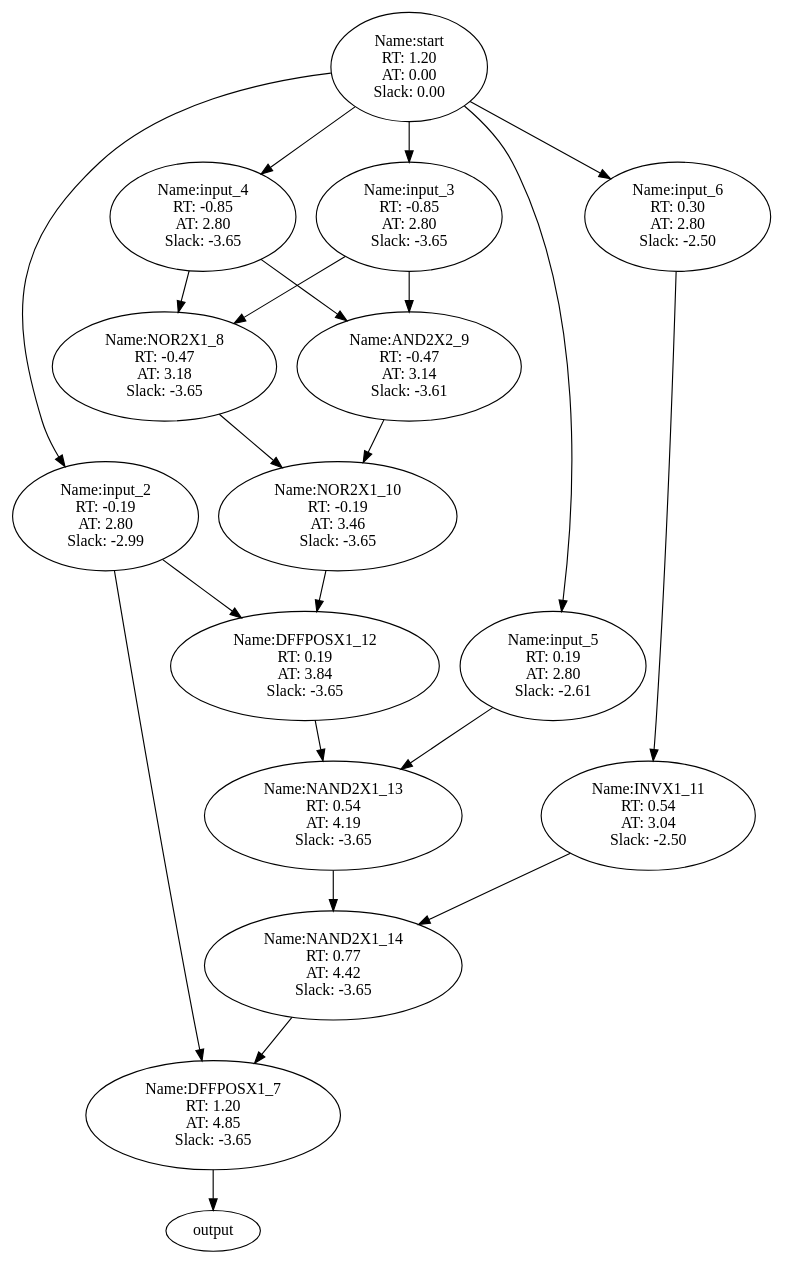
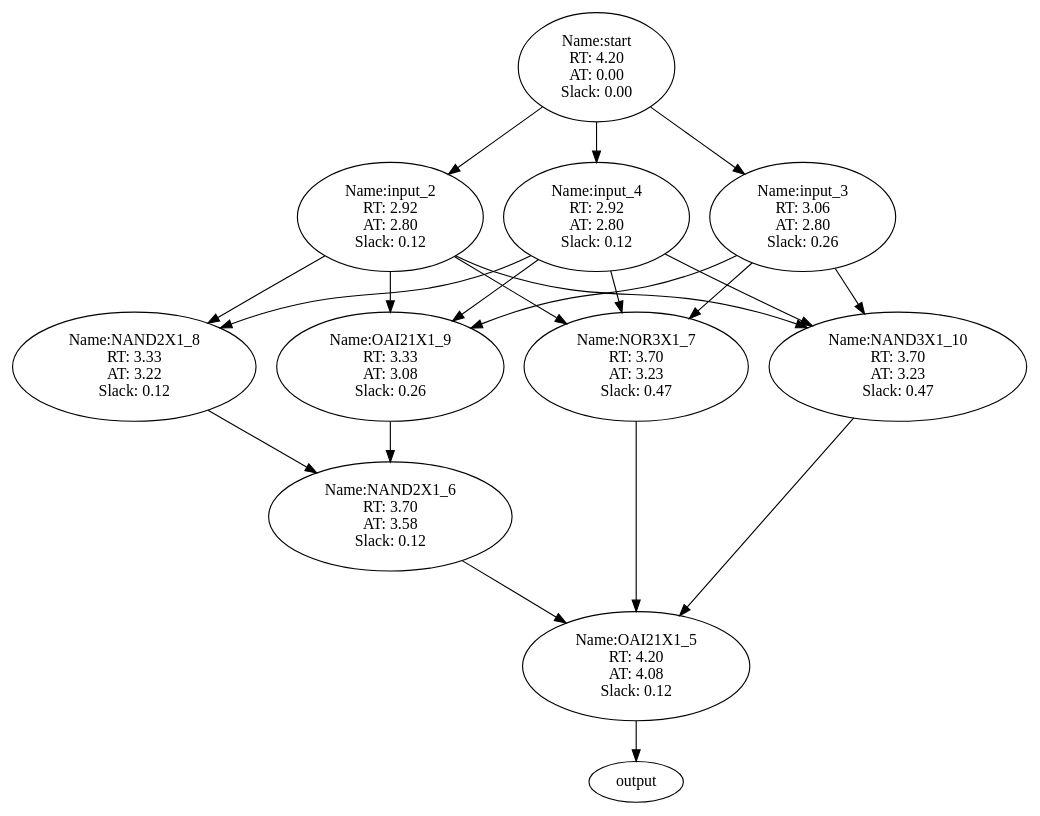
One commit to a-ewais/circuit-timing-analyser changed the diagram in graph.gv. Above: the diagram before and after it, drawn with Graphviz. The commit also changed 7 other files, not shown here.

```diff
--- a/graph.gv
+++ b/graph.gv
@@ -1,37 +1,32 @@
 digraph G {
-start [label="Name:start\nRT: 1.20\nAT: 0.00\nSlack: 0.00"];
+start [label="Name:start\nRT: 4.20\nAT: 0.00\nSlack: 0.00"];
 start -> input_2;
 start -> input_3;
 start -> input_4;
-start -> input_5;
-start -> input_6;
-input_2 [label="Name:input_2\nRT: -0.19\nAT: 2.80\nSlack: -2.99"];
-input_2 -> DFFPOSX1_12;
-input_2 -> DFFPOSX1_7;
-input_3 [label="Name:input_3\nRT: -0.85\nAT: 2.80\nSlack: -3.65"];
-input_3 -> NOR2X1_8;
-input_3 -> AND2X2_9;
-input_4 [label="Name:input_4\nRT: -0.85\nAT: 2.80\nSlack: -3.65"];
-input_4 -> NOR2X1_8;
-input_4 -> AND2X2_9;
-input_5 [label="Name:input_5\nRT: 0.19\nAT: 2.80\nSlack: -2.61"];
-input_5 -> NAND2X1_13;
-input_6 [label="Name:input_6\nRT: 0.30\nAT: 2.80\nSlack: -2.50"];
-input_6 -> INVX1_11;
-DFFPOSX1_7 [label="Name:DFFPOSX1_7\nRT: 1.20\nAT: 4.85\nSlack: -3.65"];
-DFFPOSX1_7 -> output;
-NOR2X1_8 [label="Name:NOR2X1_8\nRT: -0.47\nAT: 3.18\nSlack: -3.65"];
-NOR2X1_8 -> NOR2X1_10;
-AND2X2_9 [label="Name:AND2X2_9\nRT: -0.47\nAT: 3.14\nSlack: -3.61"];
-AND2X2_9 -> NOR2X1_10;
-NOR2X1_10 [label="Name:NOR2X1_10\nRT: -0.19\nAT: 3.46\nSlack: -3.65"];
-NOR2X1_10 -> DFFPOSX1_12;
-INVX1_11 [label="Name:INVX1_11\nRT: 0.54\nAT: 3.04\nSlack: -2.50"];
-INVX1_11 -> NAND2X1_14;
-DFFPOSX1_12 [label="Name:DFFPOSX1_12\nRT: 0.19\nAT: 3.84\nSlack: -3.65"];
-DFFPOSX1_12 -> NAND2X1_13;
-NAND2X1_13 [label="Name:NAND2X1_13\nRT: 0.54\nAT: 4.19\nSlack: -3.65"];
-NAND2X1_13 -> NAND2X1_14;
-NAND2X1_14 [label="Name:NAND2X1_14\nRT: 0.77\nAT: 4.42\nSlack: -3.65"];
-NAND2X1_14 -> DFFPOSX1_7;
+input_2 [label="Name:input_2\nRT: 2.92\nAT: 2.80\nSlack: 0.12"];
+input_2 -> NAND3X1_10;
+input_2 -> OAI21X1_9;
+input_2 -> NAND2X1_8;
+input_2 -> NOR3X1_7;
+input_3 [label="Name:input_3\nRT: 3.06\nAT: 2.80\nSlack: 0.26"];
+input_3 -> NAND3X1_10;
+input_3 -> OAI21X1_9;
+input_3 -> NOR3X1_7;
+input_4 [label="Name:input_4\nRT: 2.92\nAT: 2.80\nSlack: 0.12"];
+input_4 -> NAND3X1_10;
+input_4 -> OAI21X1_9;
+input_4 -> NAND2X1_8;
+input_4 -> NOR3X1_7;
+OAI21X1_5 [label="Name:OAI21X1_5\nRT: 4.20\nAT: 4.08\nSlack: 0.12"];
+OAI21X1_5 -> output;
+NAND2X1_6 [label="Name:NAND2X1_6\nRT: 3.70\nAT: 3.58\nSlack: 0.12"];
+NAND2X1_6 -> OAI21X1_5;
+NOR3X1_7 [label="Name:NOR3X1_7\nRT: 3.70\nAT: 3.23\nSlack: 0.47"];
+NOR3X1_7 -> OAI21X1_5;
+NAND2X1_8 [label="Name:NAND2X1_8\nRT: 3.33\nAT: 3.22\nSlack: 0.12"];
+NAND2X1_8 -> NAND2X1_6;
+OAI21X1_9 [label="Name:OAI21X1_9\nRT: 3.33\nAT: 3.08\nSlack: 0.26"];
+OAI21X1_9 -> NAND2X1_6;
+NAND3X1_10 [label="Name:NAND3X1_10\nRT: 3.70\nAT: 3.23\nSlack: 0.47"];
+NAND3X1_10 -> OAI21X1_5;
 }
```
